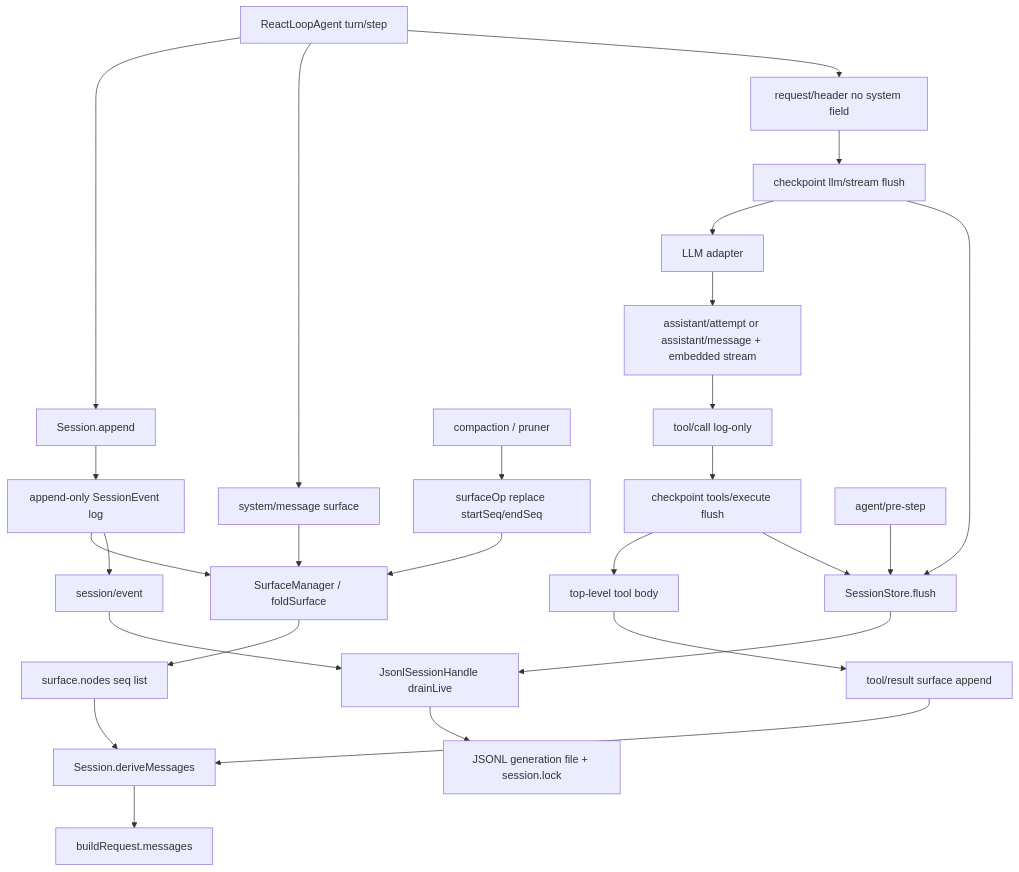
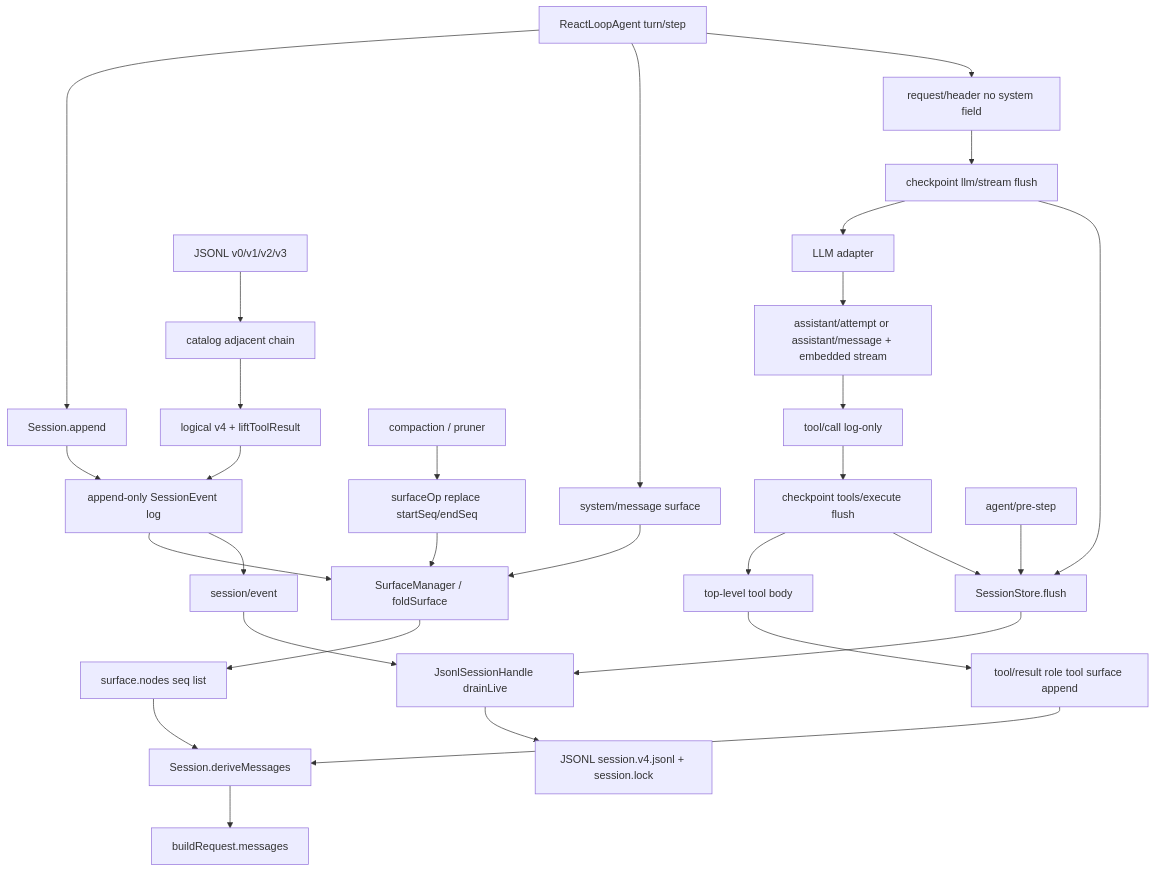
One commit to wdnmdtonyma/SOTA-Agent-LLM-Wiki changed the diagram in docs/llm-wiki/deepseek-harness/spine/session-log.md. Above: the diagram before and after it, drawn with Mermaid. The commit also changed other lines of this file and 237 other files, not shown here.

````diff
--- a/docs/llm-wiki/deepseek-harness/spine/session-log.md
+++ b/docs/llm-wiki/deepseek-harness/spine/session-log.md
@@ -76,29 +79,32 @@
 ```mermaid
 flowchart TD
   Loop["ReactLoopAgent turn/step"] --> Append["Session.append"]
   Append --> Log["append-only SessionEvent log"]
   Log --> Fold["SurfaceManager / foldSurface"]
   Fold --> Nodes["surface.nodes seq list"]
   Nodes --> Derive["Session.deriveMessages"]
   Derive --> Req["buildRequest.messages"]
   Loop --> SysMsg["system/message surface"]
   SysMsg --> Fold
   Loop --> Header["request/header no system field"]
   Header --> CkptLlm["checkpoint llm/stream flush"]
   CkptLlm --> Adapter["LLM adapter"]
   Adapter --> Attempt["assistant/attempt or assistant/message + embedded stream"]
   Attempt --> Call["tool/call log-only"]
   Call --> CkptTool["checkpoint tools/execute flush"]
   CkptTool --> Body["top-level tool body"]
-  Body --> Result["tool/result surface append"]
+  Body --> Result["tool/result role tool surface append"]
   Result --> Derive
   Compact["compaction / pruner"] --> Replace["surfaceOp replace startSeq/endSeq"]
   Replace --> Fold
+  Disk["JSONL v0/v1/v2/v3"] --> Catalog["catalog adjacent chain"]
+  Catalog --> V4["logical v4 + liftToolResult"]
+  V4 --> Log
   Log --> Bus["session/event"]
   CkptLlm --> Flush["SessionStore.flush"]
   CkptTool --> Flush
   Pre["agent/pre-step"] --> Flush
   Flush --> Handle["JsonlSessionHandle drainLive"]
   Bus --> Handle
-  Handle --> Persist["JSONL generation file + session.lock"]
+  Handle --> Persist["JSONL session.v4.jsonl + session.lock"]
 ```
````
